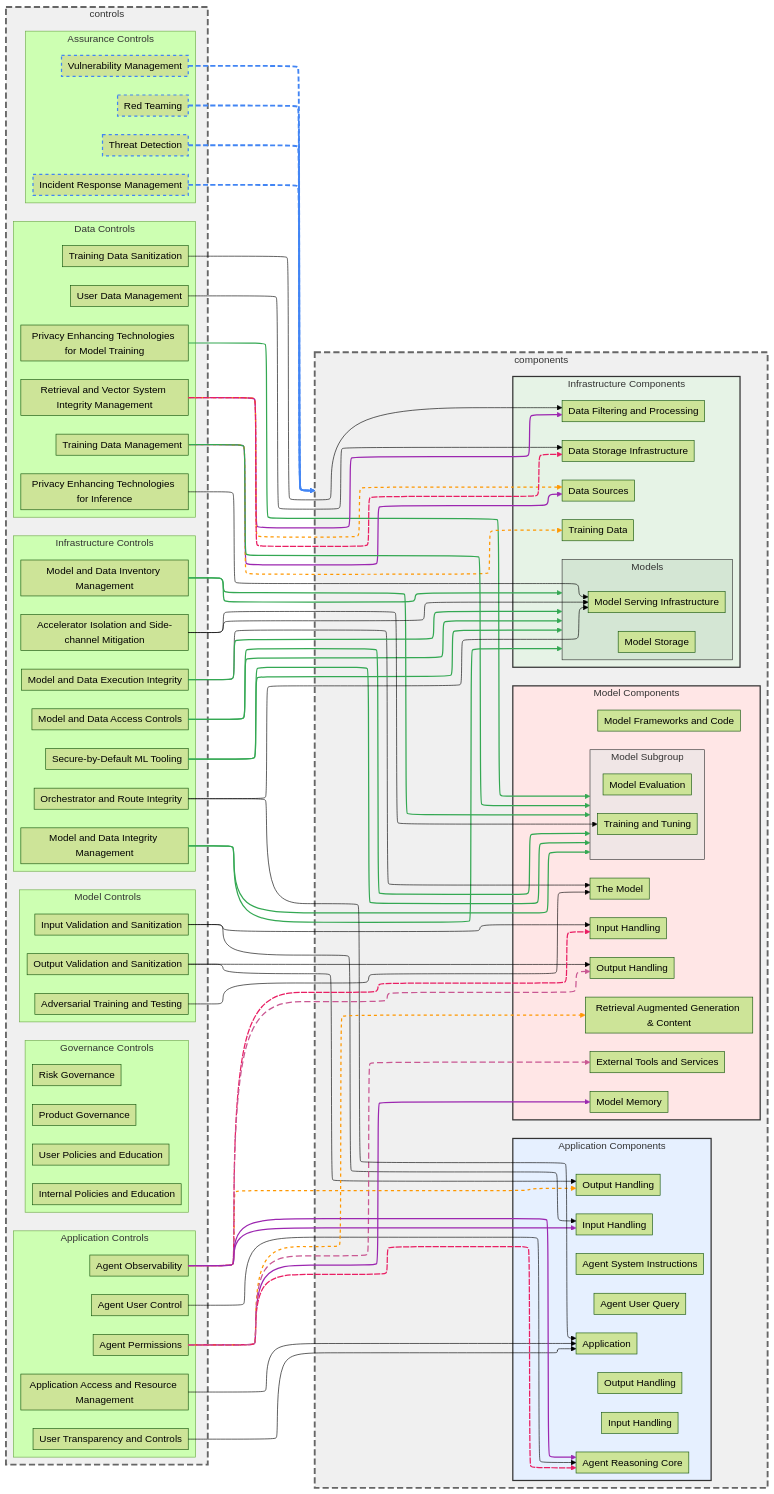
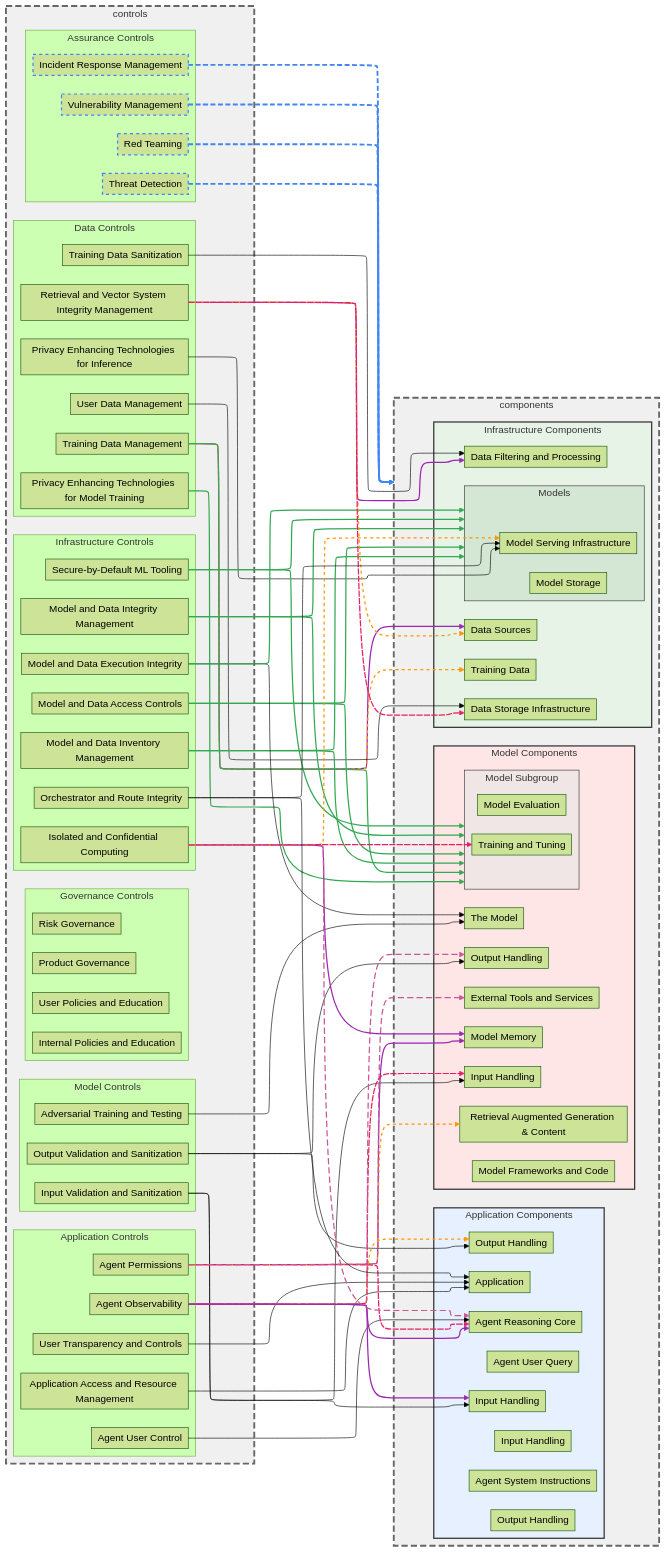
The diagram in risk-map/diagrams/controls-graph.md (davidlabianca/secure-ai-tooling), drawn with Mermaid (forest theme) before and after one commit. The commit also changed 13 other files, not shown here.

First line of the commit message:
[Controls] Add a Isolated/Confidential Computing Control

```diff
--- a/risk-map/diagrams/controls-graph.md
+++ b/risk-map/diagrams/controls-graph.md
@@ -23,7 +23,7 @@
     end
 
     subgraph controlsInfrastructure ["Infrastructure Controls"]
-        controlAcceleratorIsolationAndSideChannelMitigation[Accelerator Isolation and Side-channel Mitigation]
+        controlIsolatedConfidentialComputing[Isolated and Confidential Computing]
         controlModelAndDataAccessControls[Model and Data Access Controls]
         controlModelAndDataExecutionIntegrity[Model and Data Execution Integrity]
         controlModelAndDataIntegrityManagement[Model and Data Integrity Management]
@@ -141,8 +141,10 @@
     controlAgentObservability --> componentOrchestrationInputHandling
     controlAgentObservability --> componentOrchestrationOutputHandling
     controlAgentObservability --> componentReasoningCore
-    controlAcceleratorIsolationAndSideChannelMitigation --> componentModelServing
-    controlAcceleratorIsolationAndSideChannelMitigation --> componentModelTrainingTuning
+    controlIsolatedConfidentialComputing --> componentMemory
+    controlIsolatedConfidentialComputing --> componentModelServing
+    controlIsolatedConfidentialComputing --> componentModelTrainingTuning
+    controlIsolatedConfidentialComputing --> componentReasoningCore
     controlRetrievalAndVectorSystemIntegrity --> componentDataFilteringAndProcessing
     controlRetrievalAndVectorSystemIntegrity --> componentDataSources
     controlRetrievalAndVectorSystemIntegrity --> componentDataStorage
@@ -158,10 +160,10 @@
     %% Edge styling
     linkStyle 29,30,31,32 stroke:#4285f4,stroke-width:3px,stroke-dasharray: 8 4
     linkStyle 0,4,7,8,9,10,11,12,14,15,16 stroke:#34a853,stroke-width:2px
-    linkStyle 2,25,33,37,40 stroke:#9c27b0,stroke-width:2px
-    linkStyle 3,26,34,41 stroke:#ff9800,stroke-width:2px,stroke-dasharray: 5 5
-    linkStyle 27,35,42 stroke:#e91e63,stroke-width:2px,stroke-dasharray: 10 2
-    linkStyle 28,36 stroke:#C95792,stroke-width:2px,stroke-dasharray: 10 5
+    linkStyle 2,25,33,37,38,42 stroke:#9c27b0,stroke-width:2px
+    linkStyle 3,26,34,39,43 stroke:#ff9800,stroke-width:2px,stroke-dasharray: 5 5
+    linkStyle 27,35,40,44 stroke:#e91e63,stroke-width:2px,stroke-dasharray: 10 2
+    linkStyle 28,36,41 stroke:#C95792,stroke-width:2px,stroke-dasharray: 10 5
 
 %% Node style definitions
     style components fill:#f0f0f0,stroke:#666666,stroke-width:3px,stroke-dasharray: 10 5
```
